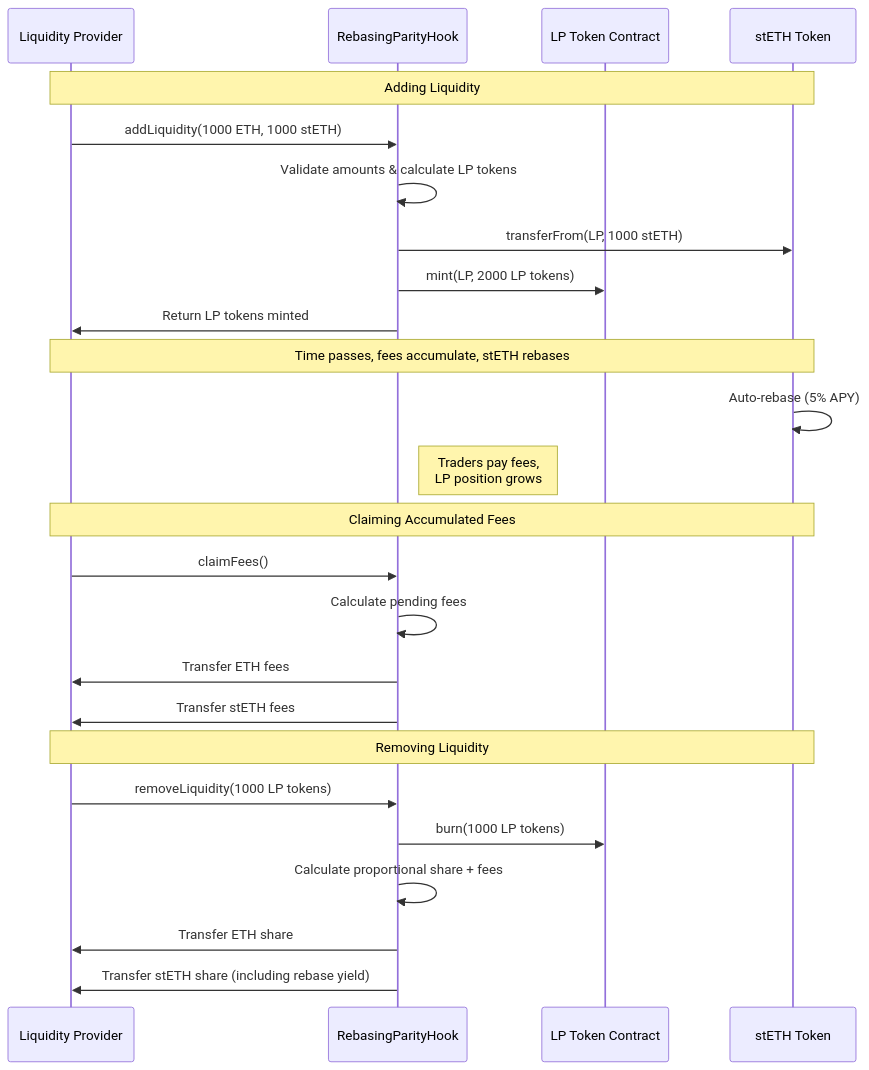
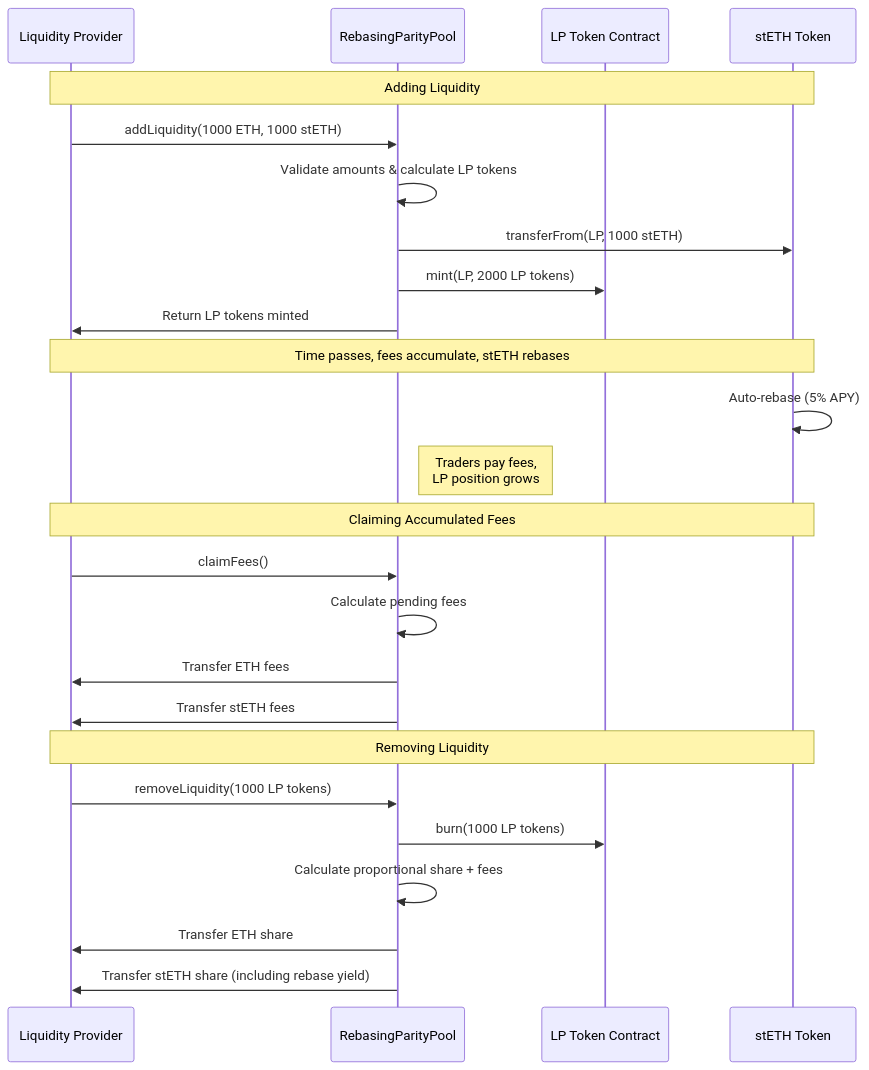
The second of 3 diagrams in README.md (mcmoodoo/stETHer), drawn with Mermaid before and after one commit. The commit also changed other lines of this file, not shown here.

````diff
--- a/README.md
+++ b/README.md
@@ -63,31 +65,31 @@
 ```mermaid
 sequenceDiagram
     participant LP as Liquidity Provider
-    participant Pool as RebasingParityHook
+    participant Pool as RebasingParityPool
     participant LPToken as LP Token Contract
     participant stETH as stETH Token
 
     Note over LP,stETH: Adding Liquidity
     LP->>Pool: addLiquidity(1000 ETH, 1000 stETH)
     Pool->>Pool: Validate amounts & calculate LP tokens
     Pool->>stETH: transferFrom(LP, 1000 stETH)
     Pool->>LPToken: mint(LP, 2000 LP tokens)
     Pool->>LP: Return LP tokens minted
 
     Note over LP,stETH: Time passes, fees accumulate, stETH rebases
     stETH->>stETH: Auto-rebase (5% APY)
     Note right of Pool: Traders pay fees,<br/>LP position grows
 
     Note over LP,stETH: Claiming Accumulated Fees
     LP->>Pool: claimFees()
     Pool->>Pool: Calculate pending fees
     Pool->>LP: Transfer ETH fees
     Pool->>LP: Transfer stETH fees
 
     Note over LP,stETH: Removing Liquidity
     LP->>Pool: removeLiquidity(1000 LP tokens)
     Pool->>LPToken: burn(1000 LP tokens)
     Pool->>Pool: Calculate proportional share + fees
     Pool->>LP: Transfer ETH share
     Pool->>LP: Transfer stETH share (including rebase yield)
 ```
````
